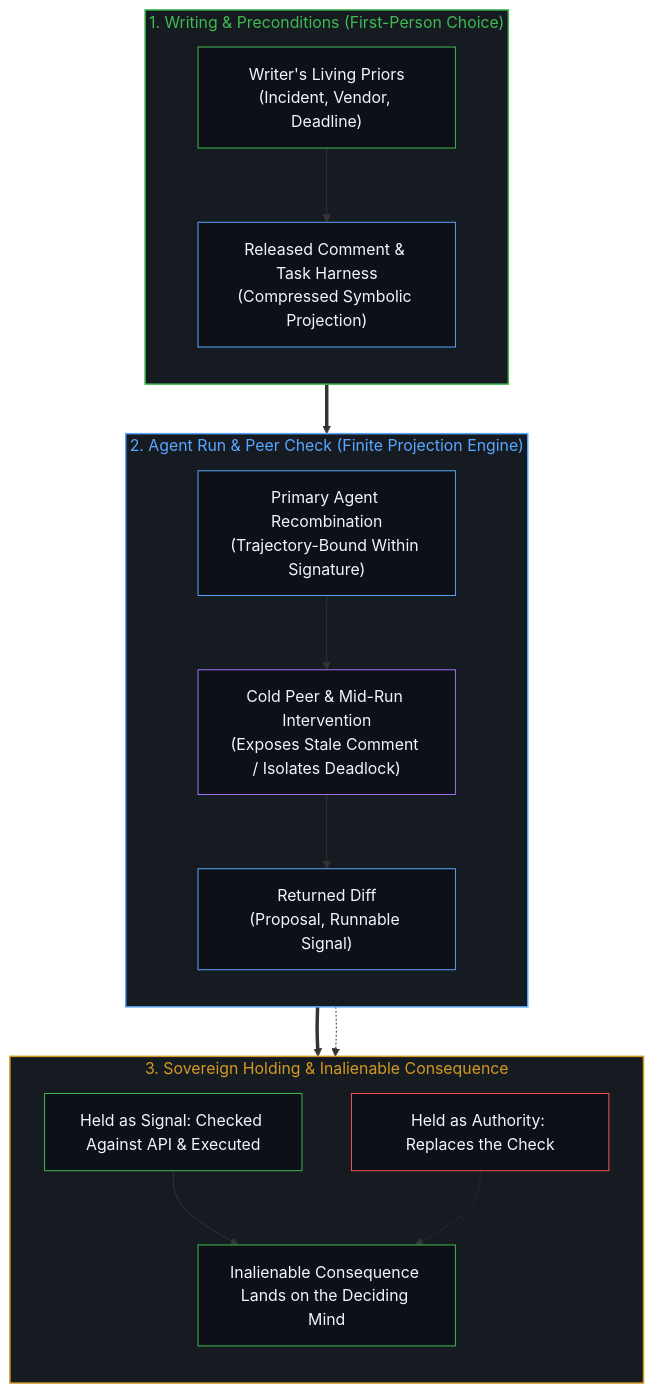
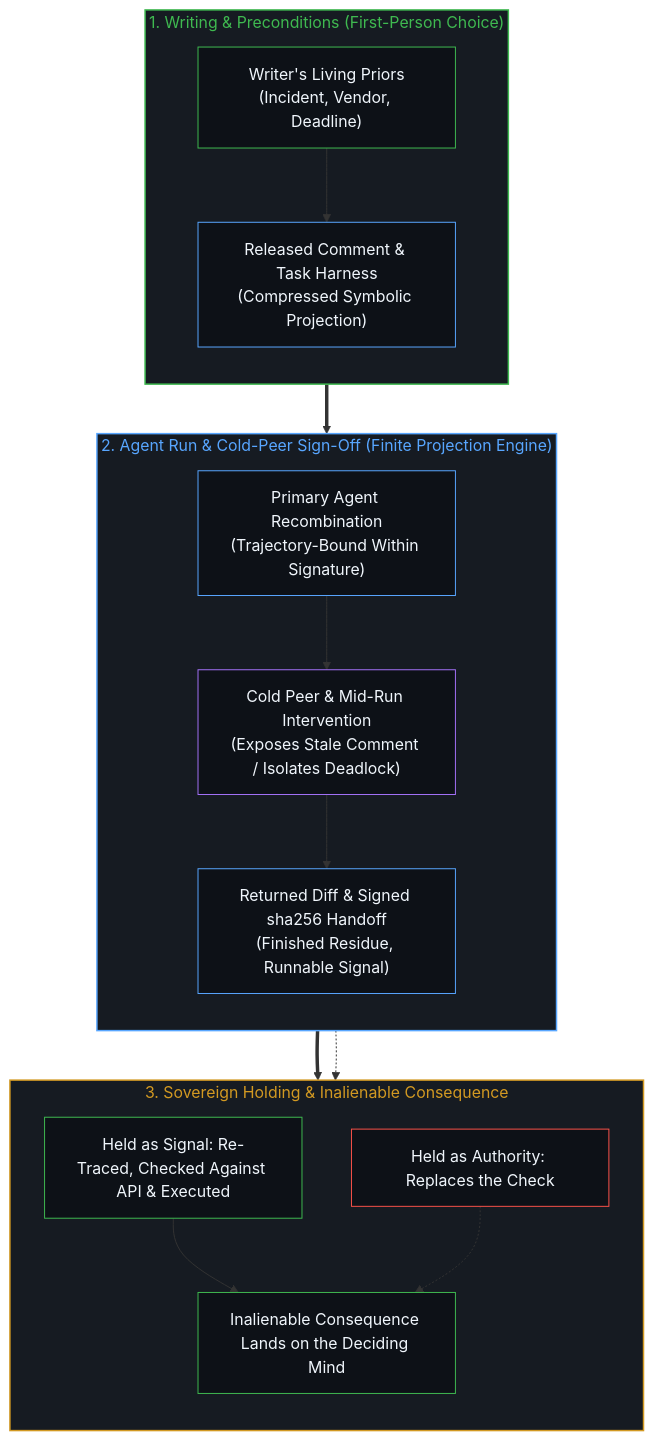
Before and after one commit to powerpig99/not-a-toe: the second of 2 diagrams in content/posts/the-comment-is-not-the-code.md, drawn with Mermaid. The commit also changed other lines of this file and 5 other files, not shown here.

````diff
--- a/content/posts/the-comment-is-not-the-code.md
+++ b/content/posts/the-comment-is-not-the-code.md
@@ -91,39 +91,39 @@
 ```mermaid
 flowchart TD
   subgraph S_START["1. Writing & Preconditions (First-Person Choice)"]
     direction TB
     W_PRI["Writer's Living Priors<br/>(Incident, Vendor, Deadline)"]
     C_REF["Released Comment & Task Harness<br/>(Compressed Symbolic Projection)"]
     W_PRI --> C_REF
   end
-  subgraph S_RUN["2. Agent Run & Peer Check (Finite Projection Engine)"]
+  subgraph S_RUN["2. Agent Run & Cold-Peer Sign-Off (Finite Projection Engine)"]
     direction TB
     A_TRJ["Primary Agent Recombination<br/>(Trajectory-Bound Within Signature)"]
     P_CHK["Cold Peer & Mid-Run Intervention<br/>(Exposes Stale Comment / Isolates Deadlock)"]
-    DIFF["Returned Diff<br/>(Proposal, Runnable Signal)"]
+    DIFF["Returned Diff & Signed sha256 Handoff<br/>(Finished Residue, Runnable Signal)"]
     A_TRJ --> P_CHK
     P_CHK --> DIFF
   end
   subgraph S_END["3. Sovereign Holding & Inalienable Consequence"]
     direction TB
-    H_SIG["Held as Signal: Checked Against API & Executed"]
+    H_SIG["Held as Signal: Re-Traced, Checked Against API & Executed"]
     H_AUT["Held as Authority: Replaces the Check"]
     CONS["Inalienable Consequence Lands on the Deciding Mind"]
     H_SIG --> CONS
     H_AUT -.-> CONS
   end
   C_REF ==> A_TRJ
   DIFF ==> H_SIG
   DIFF -.-> H_AUT
   style S_START fill:#161b22,stroke:#3fb950,stroke-width:1.5px,color:#3fb950
   style S_RUN fill:#161b22,stroke:#58a6ff,stroke-width:1.5px,color:#58a6ff
   style S_END fill:#161b22,stroke:#d29922,stroke-width:1.5px,color:#d29922
   style W_PRI fill:#0d1117,stroke:#3fb950,stroke-width:1px,color:#f0f6fc
   style C_REF fill:#0d1117,stroke:#58a6ff,stroke-width:1px,color:#f0f6fc
   style A_TRJ fill:#0d1117,stroke:#58a6ff,stroke-width:1px,color:#f0f6fc
   style P_CHK fill:#0d1117,stroke:#a371f7,stroke-width:1px,color:#f0f6fc
   style DIFF fill:#0d1117,stroke:#58a6ff,stroke-width:1px,color:#f0f6fc
   style H_SIG fill:#0d1117,stroke:#3fb950,stroke-width:1px,color:#f0f6fc
   style H_AUT fill:#0d1117,stroke:#f85149,stroke-width:1px,color:#f0f6fc
   style CONS fill:#0d1117,stroke:#3fb950,stroke-width:1px,color:#f0f6fc
 ```
````
